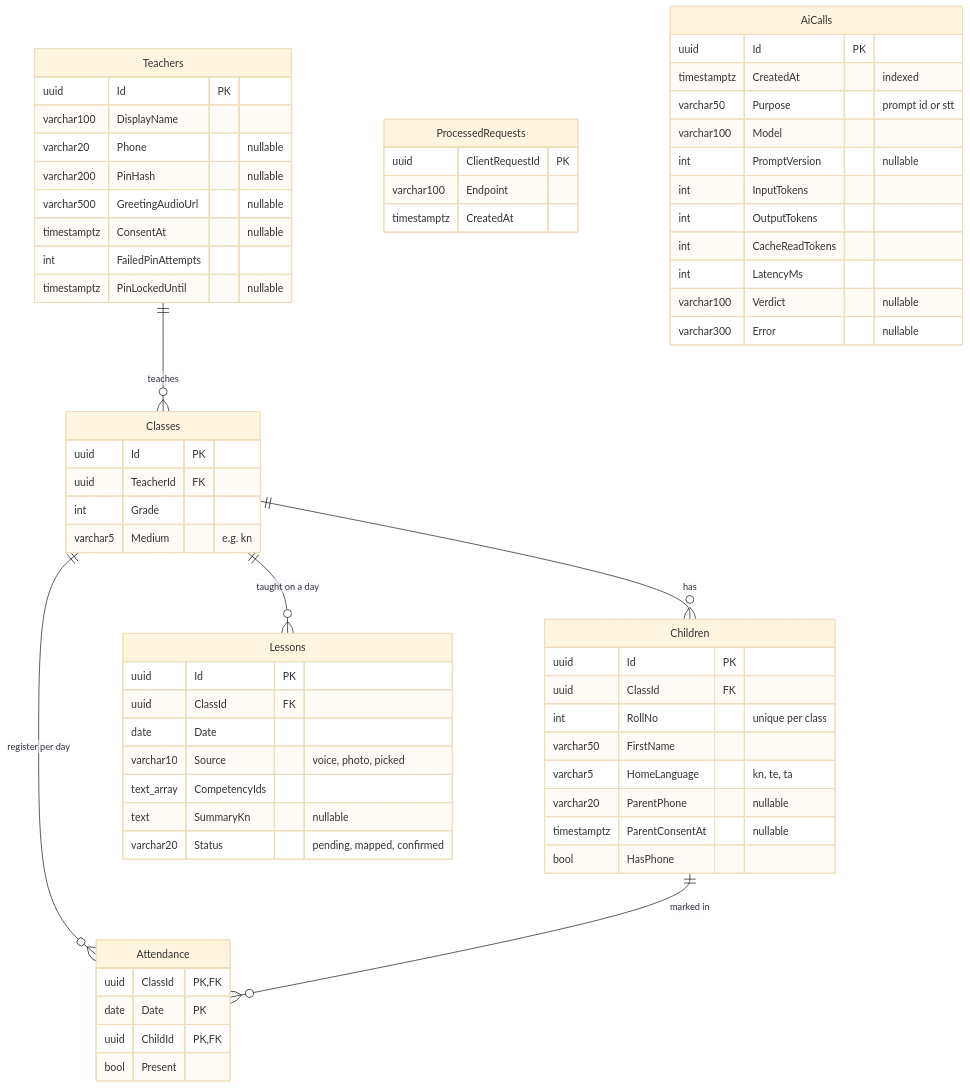
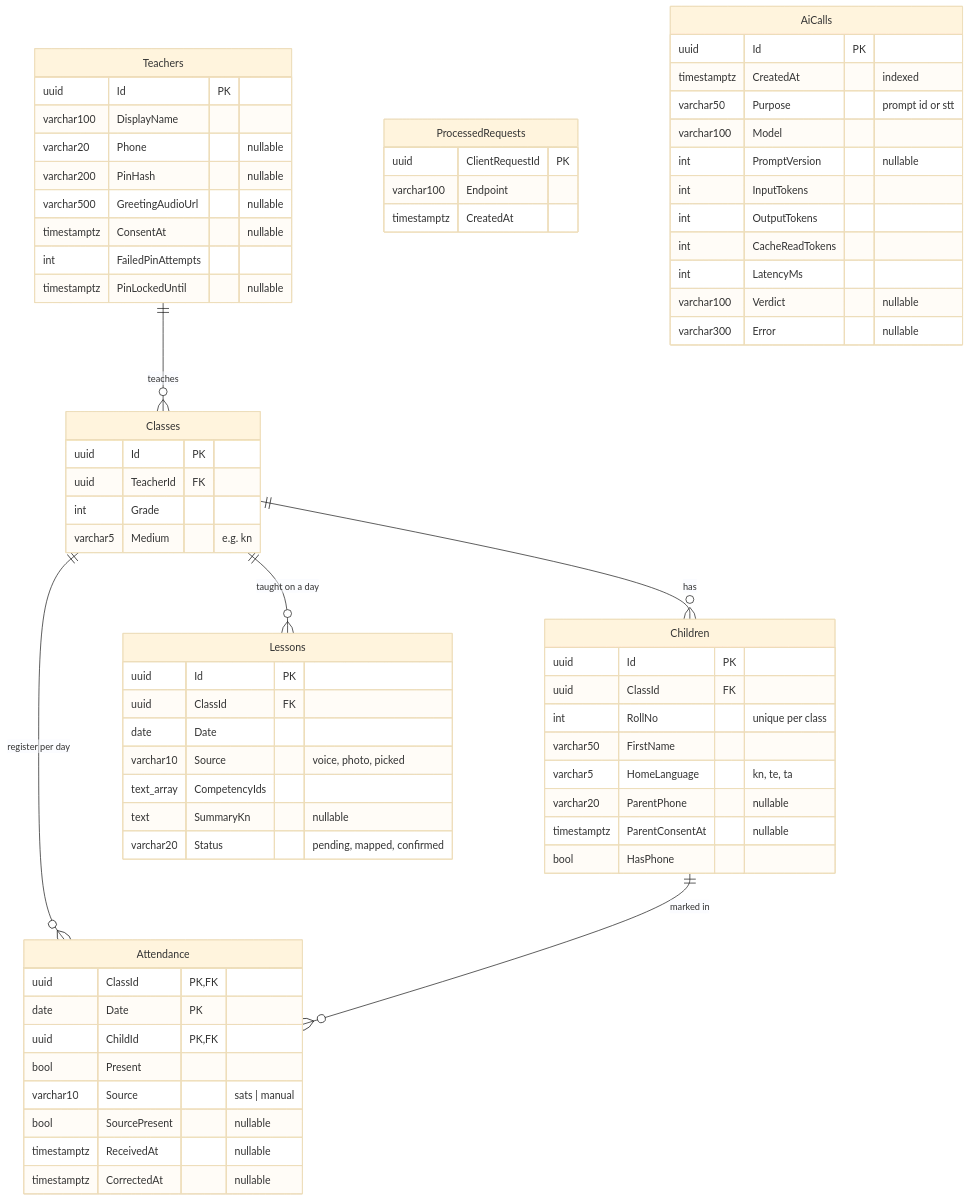
Before and after one commit to rahul-oswal07/slate-ai: the first of 2 diagrams in docs/database.md, drawn with Mermaid (base theme). The commit also changed other lines of this file and 68 other files, not shown here.

````diff
--- a/docs/database.md
+++ b/docs/database.md
@@ -13,68 +13,72 @@
 ```mermaid
 erDiagram
     Teachers ||--o{ Classes : teaches
     Classes ||--o{ Children : has
     Classes ||--o{ Attendance : "register per day"
     Children ||--o{ Attendance : "marked in"
     Classes ||--o{ Lessons : "taught on a day"
 
     Teachers {
         uuid Id PK
         varchar100 DisplayName
         varchar20 Phone "nullable"
         varchar200 PinHash "nullable"
         varchar500 GreetingAudioUrl "nullable"
         timestamptz ConsentAt "nullable"
         int FailedPinAttempts
         timestamptz PinLockedUntil "nullable"
     }
     Classes {
         uuid Id PK
         uuid TeacherId FK
         int Grade
         varchar5 Medium "e.g. kn"
     }
     Children {
         uuid Id PK
         uuid ClassId FK
         int RollNo "unique per class"
         varchar50 FirstName
         varchar5 HomeLanguage "kn, te, ta"
         varchar20 ParentPhone "nullable"
         timestamptz ParentConsentAt "nullable"
         bool HasPhone
     }
     Attendance {
         uuid ClassId PK,FK
         date Date PK
         uuid ChildId PK,FK
         bool Present
+        varchar10 Source "sats | manual"
+        bool SourcePresent "nullable"
+        timestamptz ReceivedAt "nullable"
+        timestamptz CorrectedAt "nullable"
     }
     Lessons {
         uuid Id PK
         uuid ClassId FK
         date Date
         varchar10 Source "voice, photo, picked"
         text_array CompetencyIds
         text SummaryKn "nullable"
         varchar20 Status "pending, mapped, confirmed"
     }
     ProcessedRequests {
         uuid ClientRequestId PK
         varchar100 Endpoint
         timestamptz CreatedAt
     }
     AiCalls {
         uuid Id PK
         timestamptz CreatedAt "indexed"
         varchar50 Purpose "prompt id or stt"
         varchar100 Model
         int PromptVersion "nullable"
         int InputTokens
         int OutputTokens
         int CacheReadTokens
         int LatencyMs
         varchar100 Verdict "nullable"
         varchar300 Error "nullable"
     }
 ```
````
